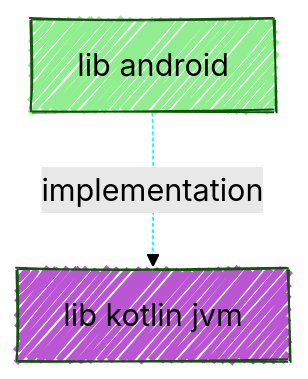
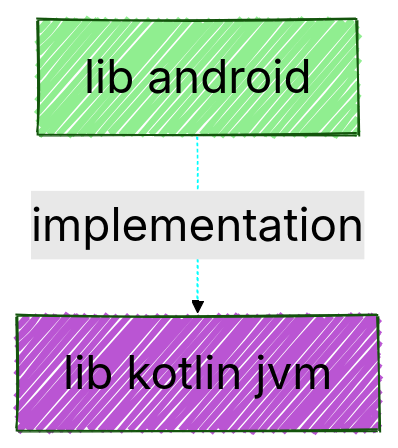
One commit to jonapoul/atlas changed the diagram in samples/sample-mermaid/sample-lib-android/README.md. Above: the diagram before and after it, drawn with Mermaid. The commit also changed 9 other files, not shown here.

````diff
--- a/samples/sample-mermaid/sample-lib-android/README.md
+++ b/samples/sample-mermaid/sample-lib-android/README.md
@@ -4,30 +4,30 @@
 ```mermaid
 ---
 config:
   layout: elk
   look: handDrawn
   theme: forest
   elk:
     mergeEdges: true
     forceNodeModelOrder: true
     nodePlacementStrategy: LINEAR_SEGMENTS
     cycleBreakingStrategy: INTERACTIVE
     considerModelOrder: PREFER_EDGES
   themeVariables:
     background: #FFF
     fontFamily: arial
     lineColor: #55FF55
     primaryBorderColor: #FF5555
     primaryColor: #ABC123
     darkMode: true
-    fontSize: 20px
+    fontSize: 30px
     defaultLinkColor: #5555FF
 ---
 graph TD
   lib_android["lib android"]
   lib_kotlin_jvm["lib kotlin jvm"]
   style lib_android fill:lightgreen,fillcolor:lightgreen
   style lib_kotlin_jvm fill:mediumorchid,fillcolor:mediumorchid
   lib_android -.implementation.-> lib_kotlin_jvm
   linkStyle 0 stroke:aqua
 ```
````
